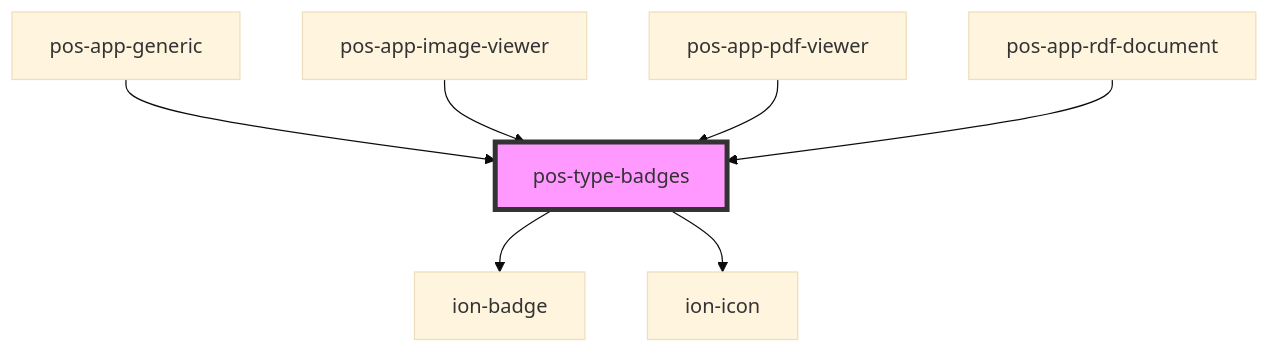
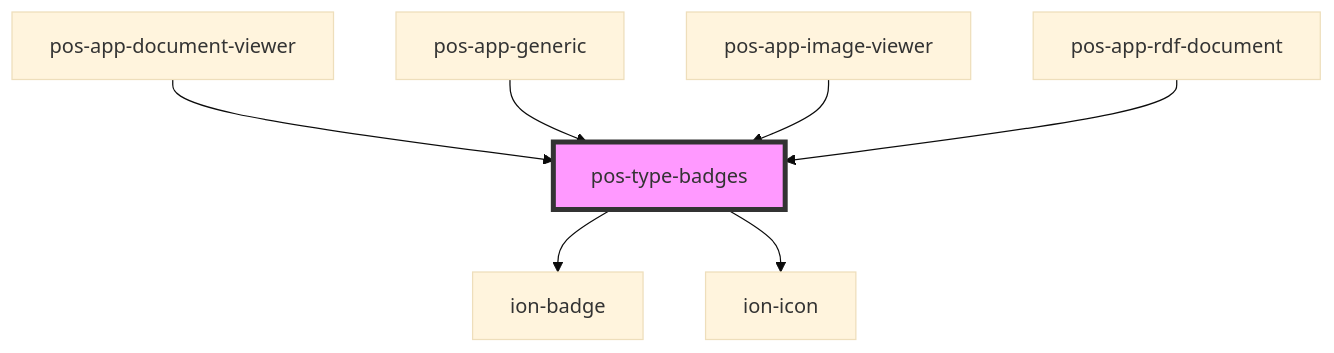
Before and after one commit to pod-os/PodOS: the diagram in docs/elements/components/pos-type-badges/readme.md, drawn with Mermaid (base theme). The commit also changed other lines of this file and 10 other files, not shown here.

````diff
--- a/docs/elements/components/pos-type-badges/readme.md
+++ b/docs/elements/components/pos-type-badges/readme.md
@@ -30,10 +30,10 @@
 ```mermaid
 graph TD;
   pos-type-badges --> ion-badge
   pos-type-badges --> ion-icon
+  pos-app-document-viewer --> pos-type-badges
   pos-app-generic --> pos-type-badges
   pos-app-image-viewer --> pos-type-badges
-  pos-app-pdf-viewer --> pos-type-badges
   pos-app-rdf-document --> pos-type-badges
   style pos-type-badges fill:#f9f,stroke:#333,stroke-width:4px
 ```
````
